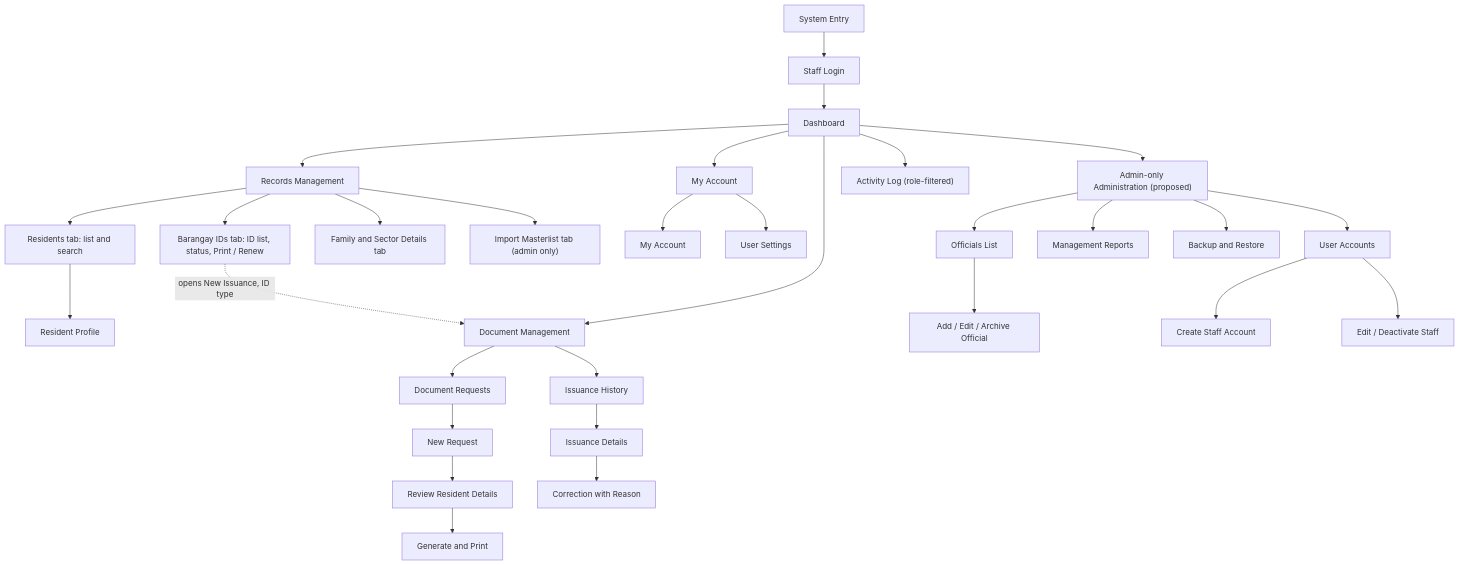
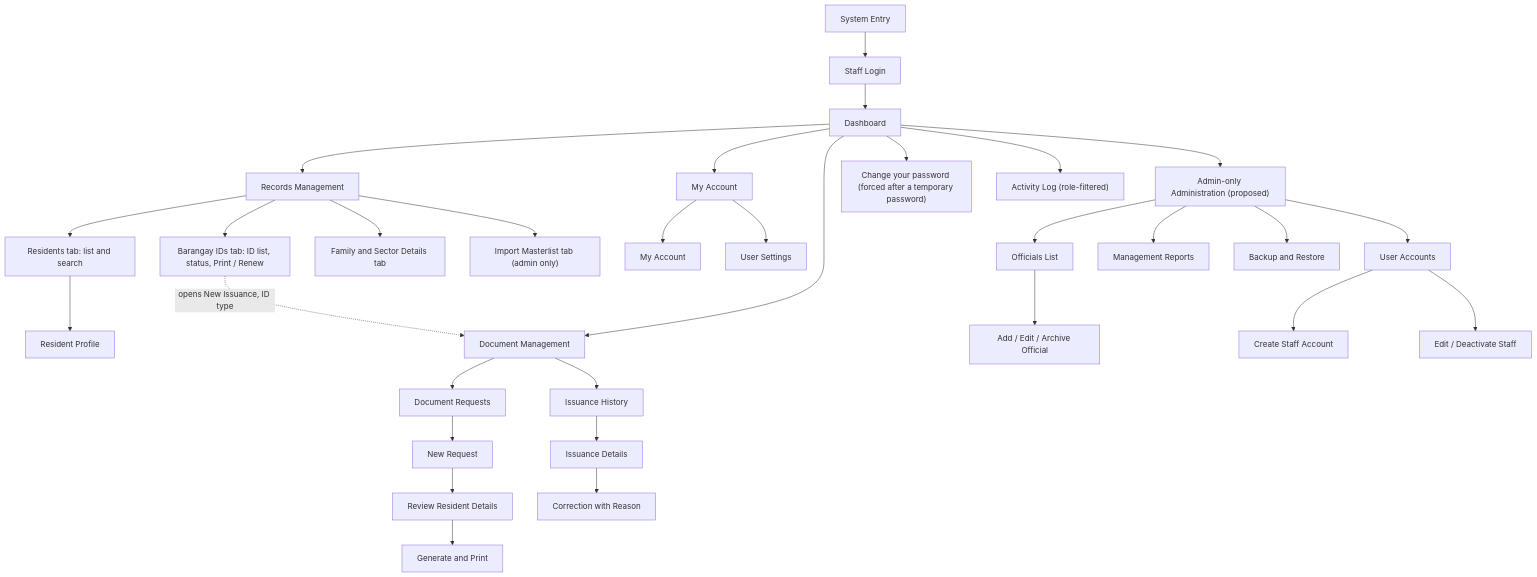
One commit to ItzVickyyy/Brgy.-Mayondon-LGU changed the diagram in docs/03-Design-and-UI.md. Above: the diagram before and after it, drawn with Mermaid. The commit also changed other lines of this file and 3 other files, not shown here.

````diff
--- a/docs/03-Design-and-UI.md
+++ b/docs/03-Design-and-UI.md
@@ -15,36 +15,37 @@
 ```mermaid
 flowchart TD
     A["System Entry"] --> B["Staff Login"]
     B --> E["Dashboard"]
 
     E --> F["Records Management"]
     F --> F1["Residents tab: list and search"]
     F1 --> F2["Resident Profile"]
     F --> F5["Barangay IDs tab: ID list, status, Print / Renew"]
     F --> F3["Family and Sector Details tab"]
     F --> F4["Import Masterlist tab (admin only)"]
     F5 -.->|"opens New Issuance, ID type"| G
 
     E --> G["Document Management"]
     G --> G1["Document Requests"]
     G1 --> G2["New Request"]
     G2 --> G3["Review Resident Details"]
     G3 --> G4["Generate and Print"]
     G --> G5["Issuance History"]
     G5 --> G6["Issuance Details"]
     G6 --> G7["Correction with Reason"]
 
     E --> I["My Account"]
     I --> I1["My Account"]
     I --> I2["User Settings"]
 
     E --> J["Admin-only Administration (proposed)"]
     J --> J1["Officials List"]
     J1 --> J2["Add / Edit / Archive Official"]
     J --> J3["User Accounts"]
     J3 --> J4["Create Staff Account"]
     J3 --> J5["Edit / Deactivate Staff"]
+    E --> I3["Change your password (forced after a temporary password)"]
     E --> J8["Activity Log (role-filtered)"]
     J --> J9["Management Reports"]
     J --> J10["Backup and Restore"]
 ```
````
